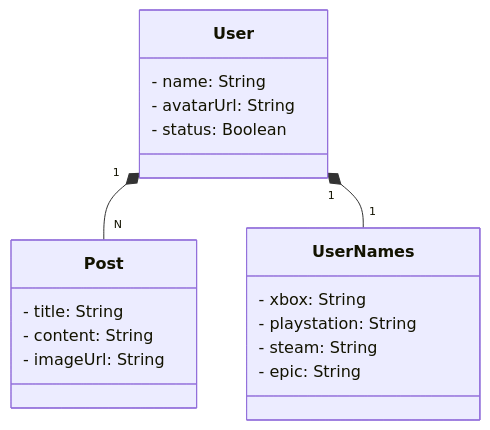
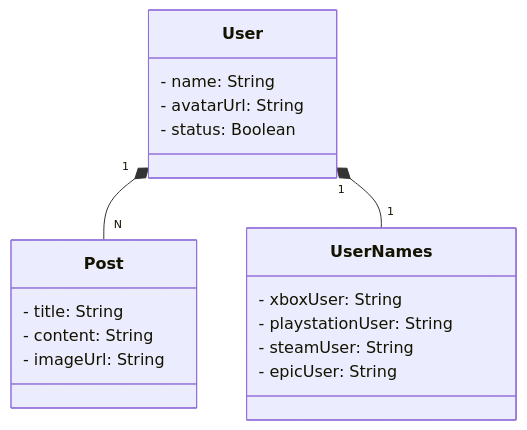
Before and after one commit to DanielGalves/dgama-project-ApiRest: the diagram in README.md, drawn with Mermaid.

````diff
--- a/README.md
+++ b/README.md
@@ -7,22 +7,22 @@
 ```mermaid
 classDiagram
   class User {
     - name: String
     - avatarUrl: String
     - status: Boolean
   }
   class Post {
     - title: String
     - content: String
     - imageUrl: String
   }
   class UserNames {
-    - xbox: String
-    - playstation: String
-    - steam: String
-    - epic: String
+    - xboxUser: String
+    - playstationUser: String
+    - steamUser: String
+    - epicUser: String
   }
 
   User"1" *-- "N"Post
   User"1" *-- "1"UserNames
 ```
````
